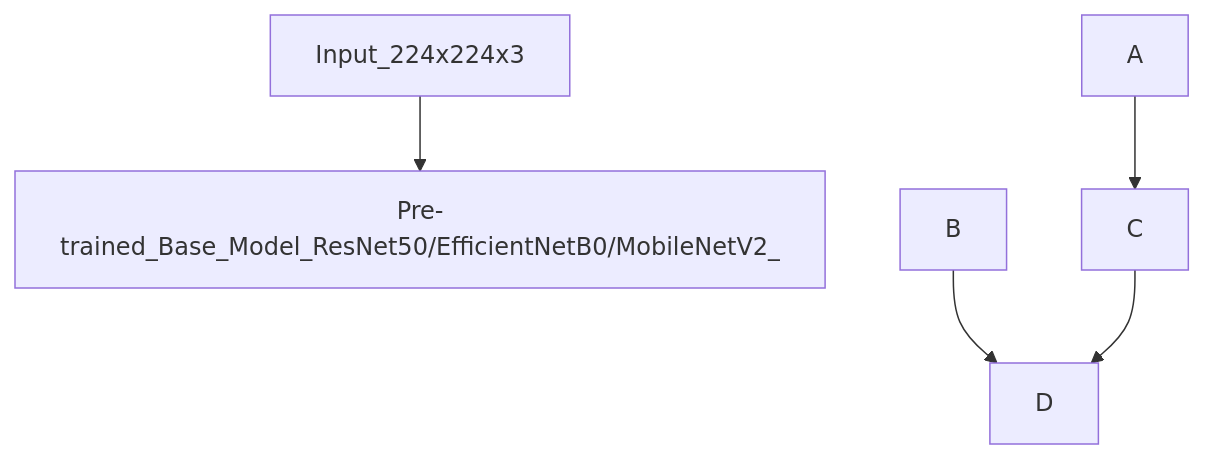
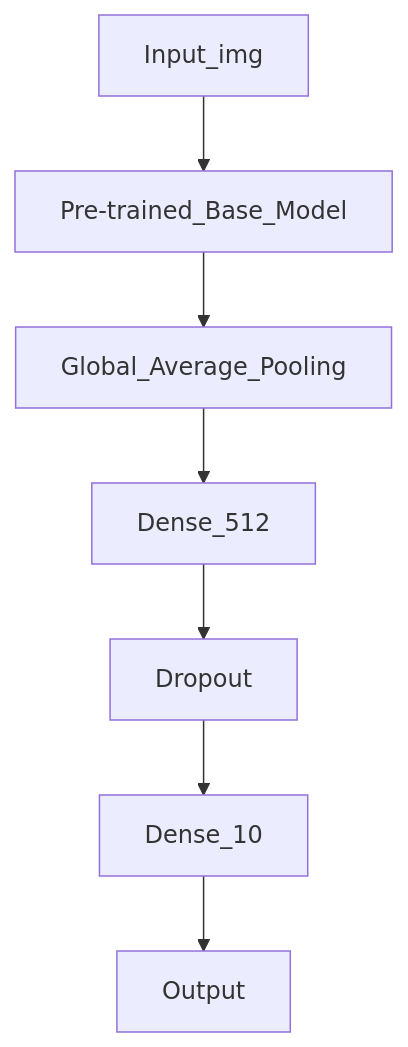
The diagram in README.md (MaaeYeng2517/ai-goat-app), drawn with Mermaid before and after one commit.

Commit message:
add diagrame

````diff
--- a/README.md
+++ b/README.md
@@ -170,7 +170,9 @@
 ```mermaid
 graph TD;
-    Input_224x224x3-->Pre-trained_Base_Model_ResNet50/EfficientNetB0/MobileNetV2_;
-    A-->C;
-    B-->D;
-    C-->D;
+    Input_img-->Pre-trained_Base_Model;
+    Pre-trained_Base_Model-->Global_Average_Pooling;
+    Global_Average_Pooling-->Dense_512;
+    Dense_512-->Dropout;
+    Dropout-->Dense_10;
+    Dense_10-->Output;
 ```
````
